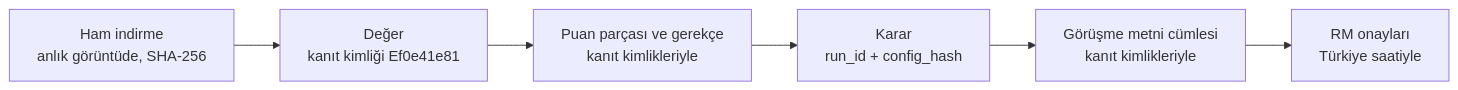
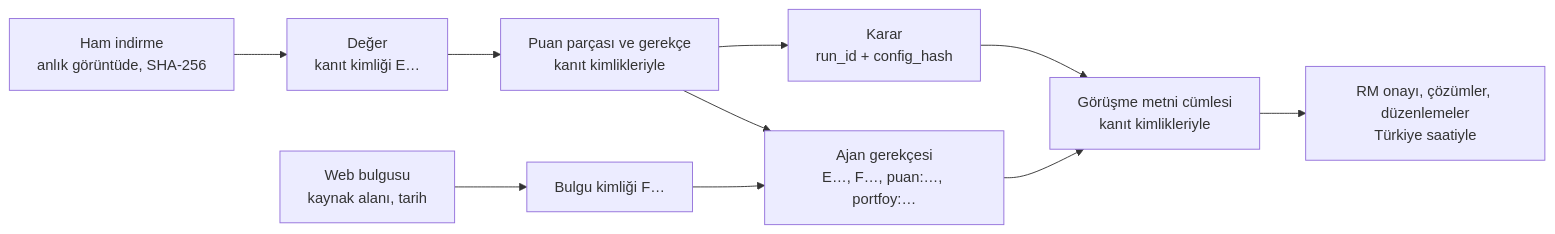
The sixth of 6 diagrams in README.md (ArdahanDogru/ing-hackathon-rm-prep), drawn with Mermaid before and after one commit. The commit also changed other lines of this file, not shown here.

````diff
--- a/README.md
+++ b/README.md
@@ -325,8 +506,12 @@
 ```mermaid
 flowchart LR
-    P["Ham indirme<br/>anlık görüntüde, SHA-256"] --> D["Değer<br/>kanıt kimliği Ef0e41e81"]
+    P["Ham indirme<br/>anlık görüntüde, SHA-256"] --> D["Değer<br/>kanıt kimliği E…"]
+    W["Web bulgusu<br/>kaynak alanı, tarih"] --> F["Bulgu kimliği F…"]
     D --> O["Puan parçası ve gerekçe<br/>kanıt kimlikleriyle"]
     O --> R["Karar<br/>run_id + config_hash"]
+    F --> AG["Ajan gerekçesi<br/>E…, F…, puan:…, portfoy:…"]
+    O --> AG
     R --> M["Görüşme metni cümlesi<br/>kanıt kimlikleriyle"]
-    M --> A["RM onayları<br/>Türkiye saatiyle"]
+    AG --> M
+    M --> A["RM onayı, çözümler, düzenlemeler<br/>Türkiye saatiyle"]
 ```
````
